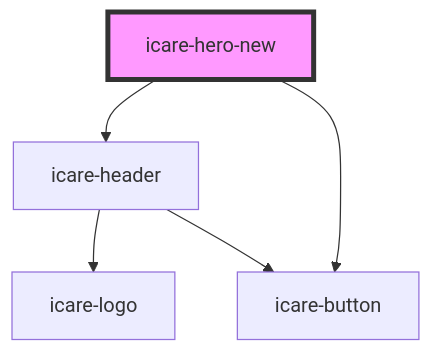
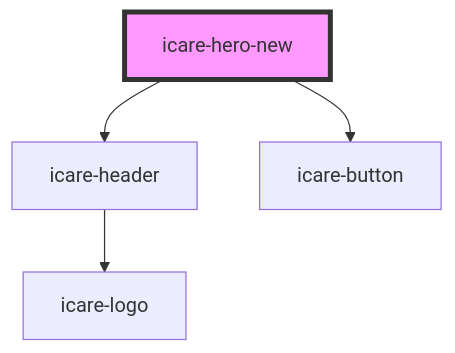
One commit to ajkirwan1/icare-mono-repo changed the diagram in packages/icare-components/src/components/icare-hero-new/readme.md. Above: the diagram before and after it, drawn with Mermaid. The commit also changed 23 other files, not shown here.

````diff
--- a/packages/icare-components/src/components/icare-hero-new/readme.md
+++ b/packages/icare-components/src/components/icare-hero-new/readme.md
@@ -24,8 +24,7 @@
 ```mermaid
 graph TD;
   icare-hero-new --> icare-header
   icare-hero-new --> icare-button
   icare-header --> icare-logo
-  icare-header --> icare-button
   style icare-hero-new fill:#f9f,stroke:#333,stroke-width:4px
 ```
````
